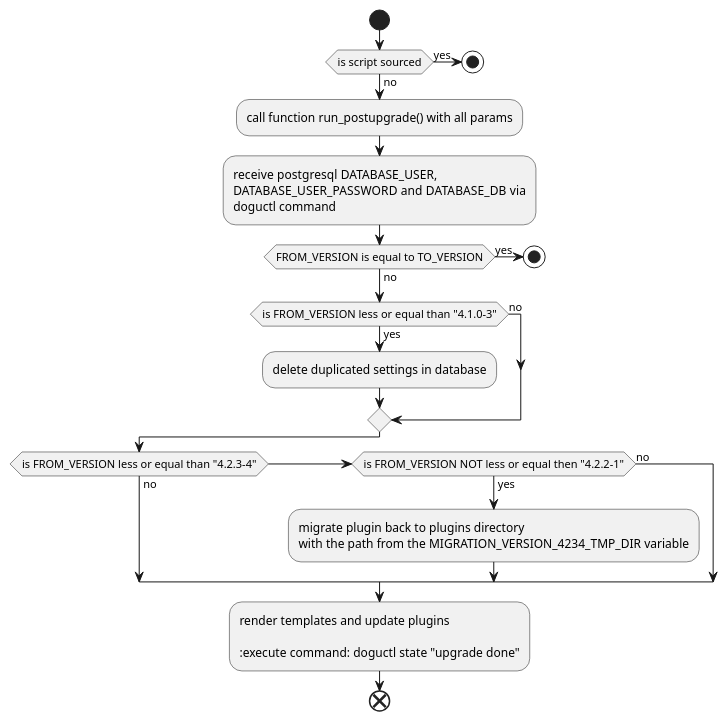
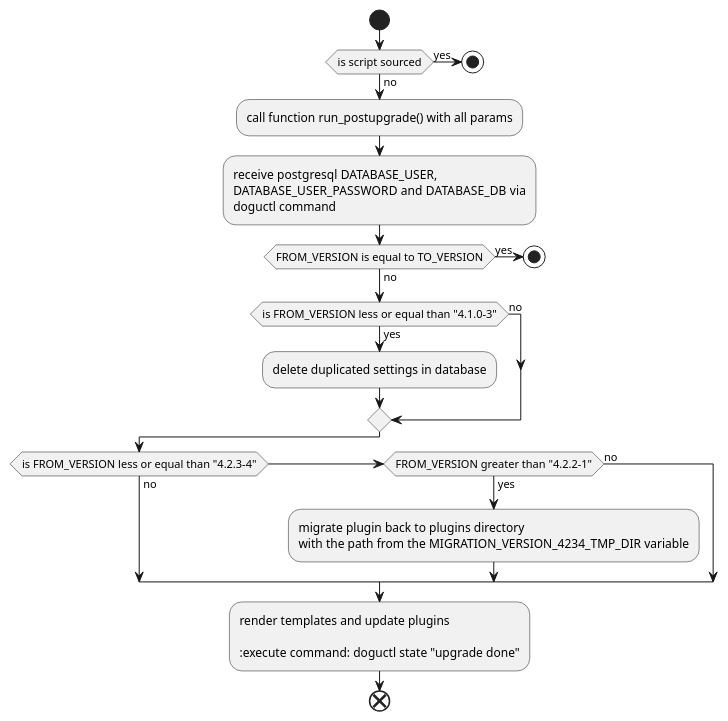
The diagram in docs/development/figures/post_upgrade_workflow.puml (cloudogu/redmine), drawn with PlantUML before and after one commit. The commit also changed 1 other file, not shown here.

Commit message:
#80 invert condition in activity diagram

```diff
--- a/docs/development/figures/post_upgrade_workflow.puml
+++ b/docs/development/figures/post_upgrade_workflow.puml
@@ -1,40 +1,40 @@
 @startuml
 
 start
 
 if (is script sourced) then (yes)
     stop
 else (no)
     :call function run_postupgrade() with all params;
 endif
 
 
 :receive postgresql DATABASE_USER,
 DATABASE_USER_PASSWORD and DATABASE_DB via
 doguctl command;
 
 
 if (FROM_VERSION is equal to TO_VERSION) then (yes)
     stop
 else (no)
 endif
 
 if (is FROM_VERSION less or equal than "4.1.0-3") then (yes)
 :delete duplicated settings in database;
 else (no)
 endif
 
 if (is FROM_VERSION less or equal than "4.2.3-4") then (no)
-    elseif (is FROM_VERSION NOT less or equal then "4.2.2-1") then (yes)
+    elseif (FROM_VERSION greater than "4.2.2-1") then (yes)
         :migrate plugin back to plugins directory
         with the path from the MIGRATION_VERSION_4234_TMP_DIR variable;
     else (no)
 endif
 
 :render templates and update plugins
 
 :execute command: doguctl state "upgrade done";
 
 end
 
 @enduml
```
